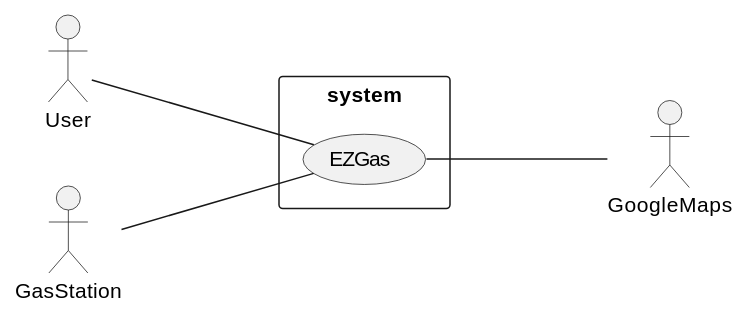
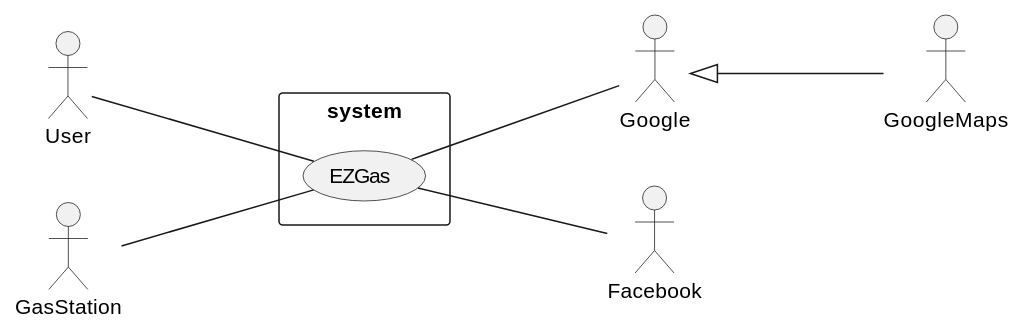
The first of 3 diagrams in REQ_s234445.md (SoftengPoliTo/Lab2), drawn with PlantUML before and after one commit. The commit also changed other lines of this file, not shown here.

````diff
--- a/REQ_s234445.md
+++ b/REQ_s234445.md
@@ -42,14 +56,18 @@
 ```plantuml
 left to right direction
 
 actor User 
- GoogleMaps as b
+ GoogleMaps as m
  GasStation as c
+ Google as g
+ Facebook as f
 rectangle system{
 User --- (EZGas) 
 c --- (EZGas)
-(EZGas) --- b 
+g <|--- m 
+(EZGas) --- g
+(EZGas) --- f
 
 }
 
 ```
````
